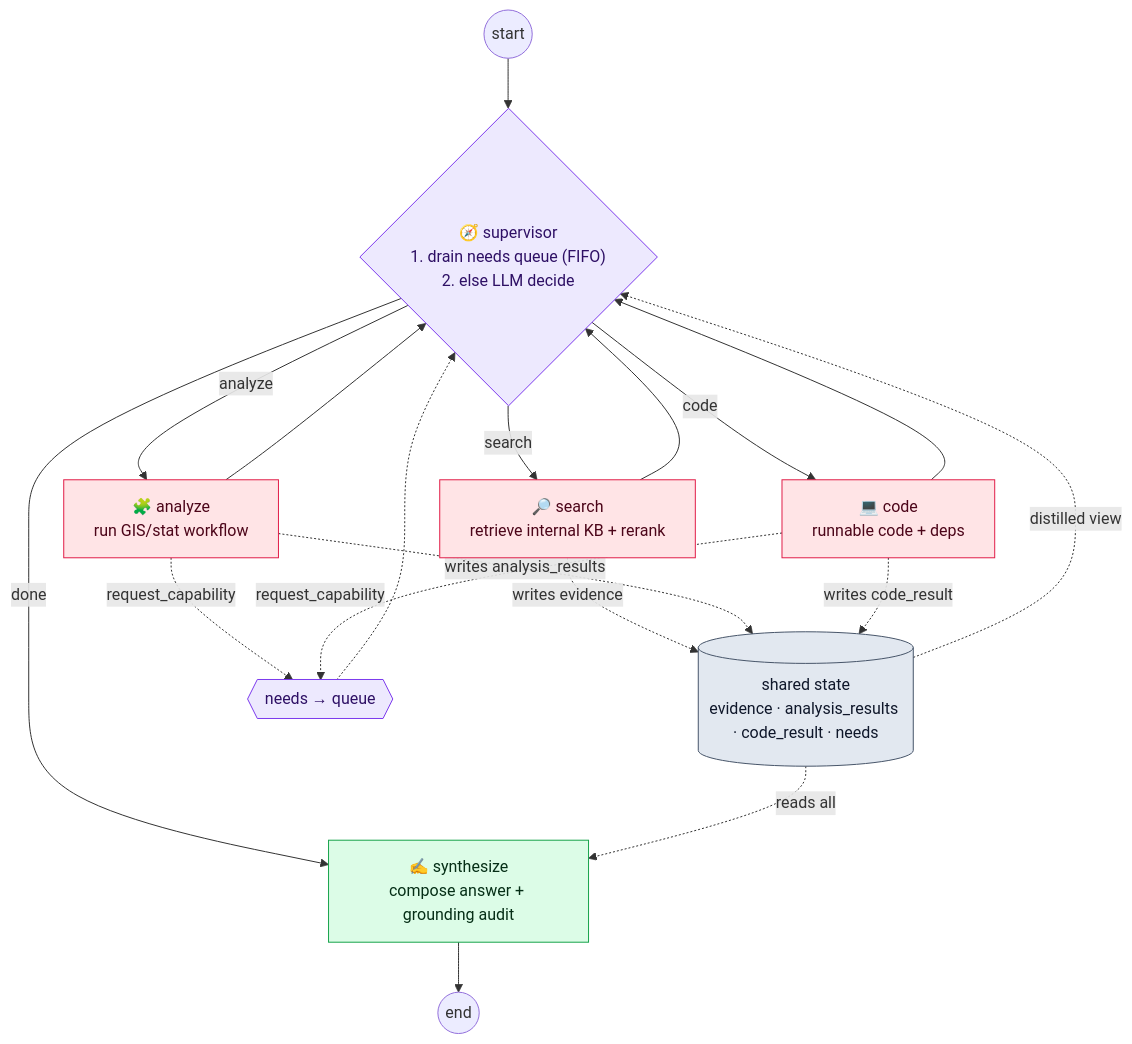
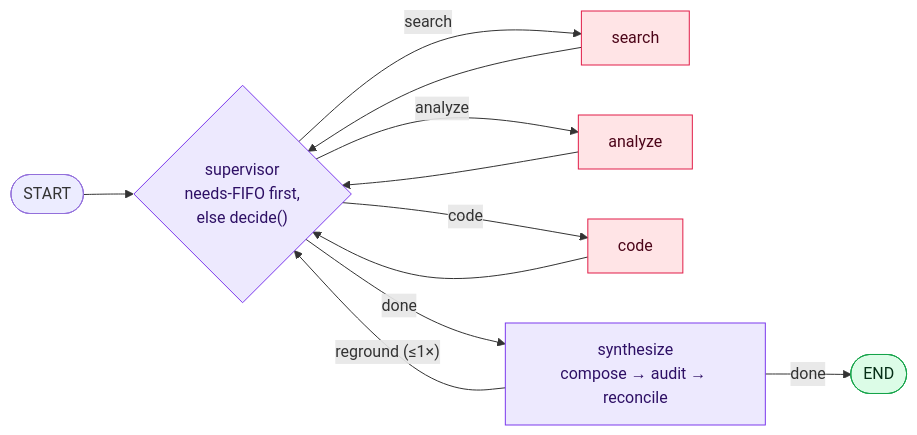
Before and after one commit to I-GUIDE/I-GUIDE_AI: the second of 2 diagrams in agent_runtime/agent_architecture.md, drawn with Mermaid. The commit also changed other lines of this file, not shown here.

````diff
--- a/agent_runtime/agent_architecture.md
+++ b/agent_runtime/agent_architecture.md
@@ -48,29 +85,18 @@
 ```mermaid
-flowchart TD
+flowchart LR
     classDef sup fill:#ede9fe,stroke:#7c3aed,color:#2e1065;
-    classDef agent fill:#ffe4e6,stroke:#e11d48,color:#4c0519;
-    classDef store fill:#e2e8f0,stroke:#475569,color:#0f172a;
-    classDef done fill:#dcfce7,stroke:#16a34a,color:#052e16;
+    classDef peer fill:#ffe4e6,stroke:#e11d48,color:#4c0519;
+    classDef out fill:#dcfce7,stroke:#16a34a,color:#052e16;
 
-    START((start)) --> SUP
-    SUP{"🧭 supervisor<br/>1. drain needs queue (FIFO)<br/>2. else LLM decide"}:::sup
-    SUP -->|search| SE["🔎 search<br/>retrieve internal KB + rerank"]:::agent
-    SUP -->|analyze| AN["🧩 analyze<br/>run GIS/stat workflow"]:::agent
-    SUP -->|code| CO["💻 code<br/>runnable code + deps"]:::agent
-    SUP -->|done| SY["✍️ synthesize<br/>compose answer + grounding audit"]:::done
+    START(["START"]) --> SUP
+    SUP{"supervisor<br/>needs-FIFO first,<br/>else decide()"}:::sup
+    SUP -->|search| SE["search"]:::peer
+    SUP -->|analyze| AN["analyze"]:::peer
+    SUP -->|code| CO["code"]:::peer
+    SUP -->|done| SY["synthesize<br/>compose → audit → reconcile"]:::sup
     SE --> SUP
     AN --> SUP
     CO --> SUP
-    SY --> EN((end))
-
-    ST[("shared state<br/>evidence · analysis_results · code_result · needs")]:::store
-    SE -.->|writes evidence| ST
-    AN -.->|writes analysis_results| ST
-    CO -.->|writes code_result| ST
-    ST -.->|distilled view| SUP
-    ST -.->|reads all| SY
-
-    AN -.->|request_capability| RQ{{"needs → queue"}}:::sup
-    CO -.->|request_capability| RQ
-    RQ -.-> SUP
+    SY -->|"reground (≤1×)"| SUP
+    SY -->|done| E(["END"]):::out
 ```
````
